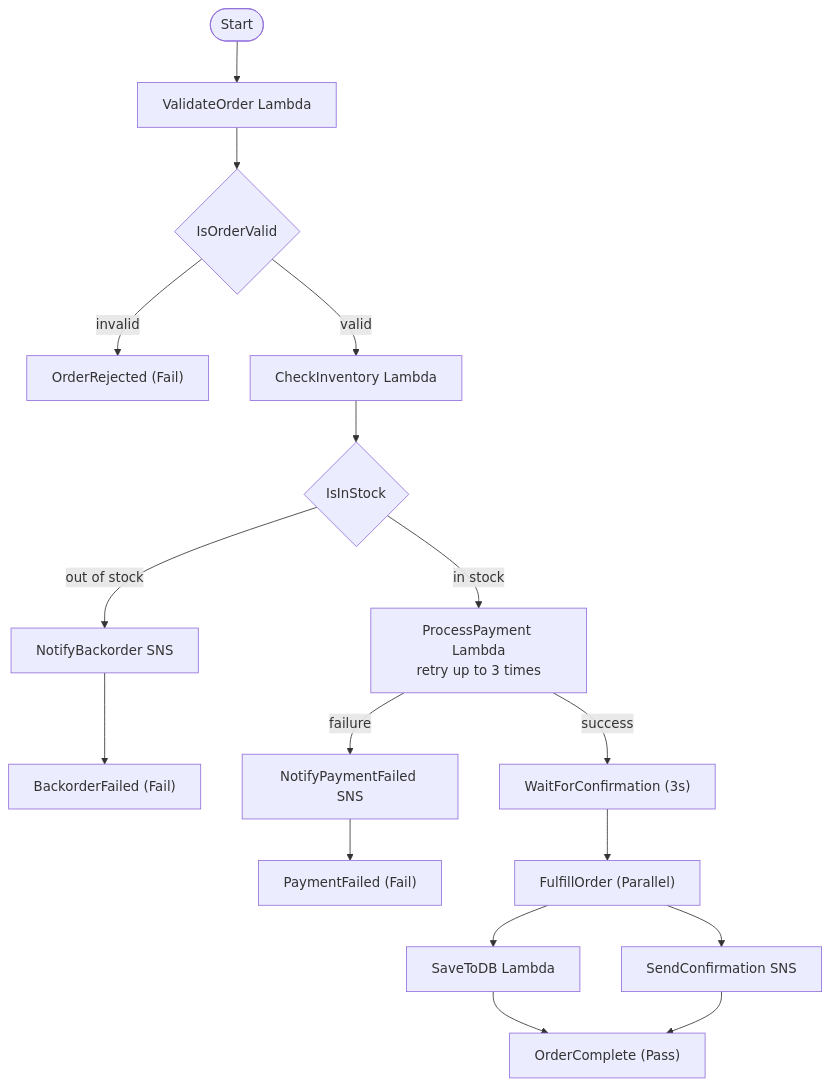
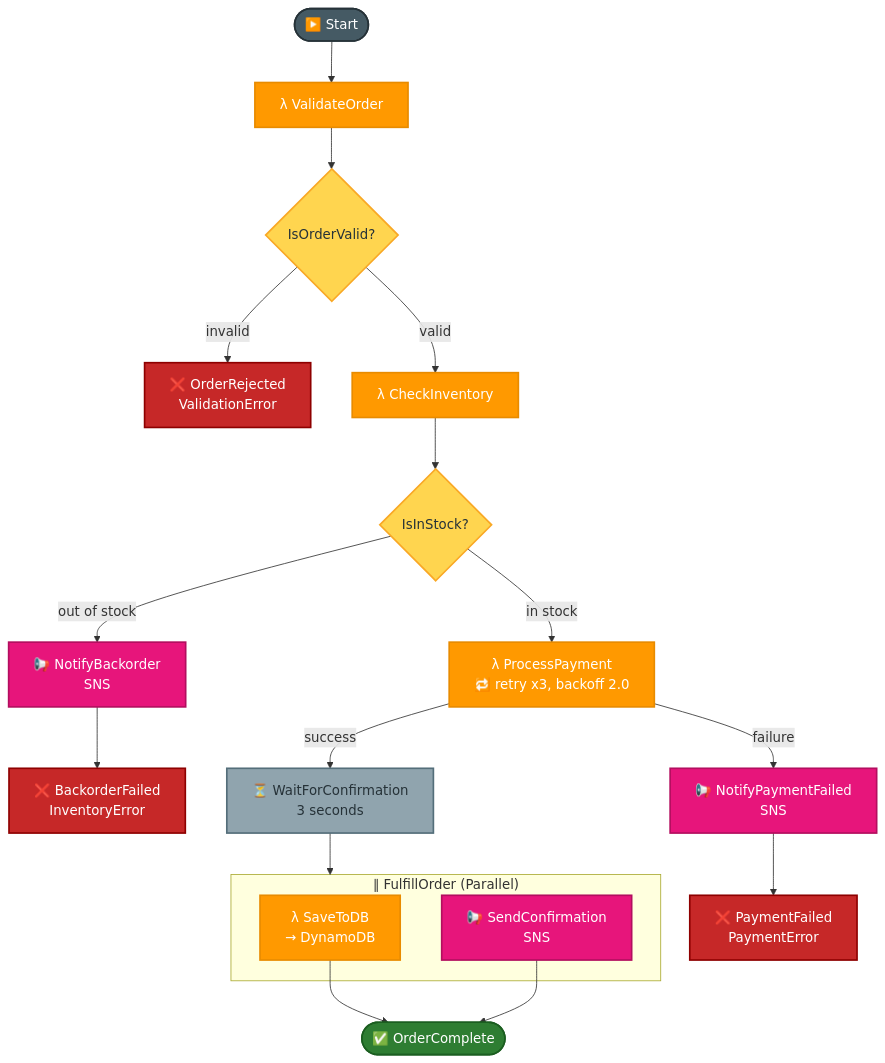
Before and after one commit to abhi-achar/aws-hands-on-training: the diagram in week2/task1-step-functions/README.md, drawn with Mermaid. The commit also changed 9 other files, not shown here.

Commit message:
docs: enhance architecture diagrams with AWS color-coding and detail

````diff
--- a/week2/task1-step-functions/README.md
+++ b/week2/task1-step-functions/README.md
@@ -7,17 +7,38 @@
 ```mermaid
 flowchart TD
-    Start([Start]) --> Validate["ValidateOrder Lambda"]
-    Validate --> IsValid{IsOrderValid}
-    IsValid -- invalid --> Rejected["OrderRejected (Fail)"]
-    IsValid -- valid --> CheckInv["CheckInventory Lambda"]
-    CheckInv --> InStock{IsInStock}
-    InStock -- out of stock --> Backorder["NotifyBackorder SNS"] --> BackFail["BackorderFailed (Fail)"]
-    InStock -- in stock --> Payment["ProcessPayment Lambda<br/>retry up to 3 times"]
-    Payment -- failure --> NotifyFail["NotifyPaymentFailed SNS"] --> PayFail["PaymentFailed (Fail)"]
-    Payment -- success --> Wait["WaitForConfirmation (3s)"]
-    Wait --> Parallel["FulfillOrder (Parallel)"]
-    Parallel --> SaveDB["SaveToDB Lambda"]
-    Parallel --> SendConf["SendConfirmation SNS"]
-    SaveDB --> Complete["OrderComplete (Pass)"]
+    Start(["▶️ Start"]):::start
+    Validate["λ ValidateOrder"]:::lambda
+    IsValid{"IsOrderValid?"}:::choice
+    Rejected["❌ OrderRejected<br/>ValidationError"]:::fail
+    CheckInv["λ CheckInventory"]:::lambda
+    InStock{"IsInStock?"}:::choice
+    Backorder["📢 NotifyBackorder<br/>SNS"]:::messaging
+    BackFail["❌ BackorderFailed<br/>InventoryError"]:::fail
+    Payment["λ ProcessPayment<br/>🔁 retry x3, backoff 2.0"]:::lambda
+    NotifyFail["📢 NotifyPaymentFailed<br/>SNS"]:::messaging
+    PayFail["❌ PaymentFailed<br/>PaymentError"]:::fail
+    Wait["⏳ WaitForConfirmation<br/>3 seconds"]:::wait
+    subgraph Parallel["∥ FulfillOrder (Parallel)"]
+        SaveDB["λ SaveToDB<br/>→ DynamoDB"]:::lambda
+        SendConf["📢 SendConfirmation<br/>SNS"]:::messaging
+    end
+    Complete(["✅ OrderComplete"]):::success
+
+    Start --> Validate --> IsValid
+    IsValid -->|invalid| Rejected
+    IsValid -->|valid| CheckInv --> InStock
+    InStock -->|out of stock| Backorder --> BackFail
+    InStock -->|in stock| Payment
+    Payment -->|failure| NotifyFail --> PayFail
+    Payment -->|success| Wait --> Parallel
+    SaveDB --> Complete
     SendConf --> Complete
+
+    classDef start fill:#455A64,stroke:#263238,stroke-width:2px,color:#ffffff
+    classDef lambda fill:#FF9900,stroke:#E88B00,stroke-width:2px,color:#ffffff
+    classDef choice fill:#FFD54F,stroke:#F9A825,stroke-width:2px,color:#263238
+    classDef messaging fill:#E7157B,stroke:#B30E5F,stroke-width:2px,color:#ffffff
+    classDef wait fill:#90A4AE,stroke:#546E7A,stroke-width:2px,color:#263238
+    classDef fail fill:#C62828,stroke:#8E0000,stroke-width:2px,color:#ffffff
+    classDef success fill:#2E7D32,stroke:#1B5E20,stroke-width:2px,color:#ffffff
 ```
````
